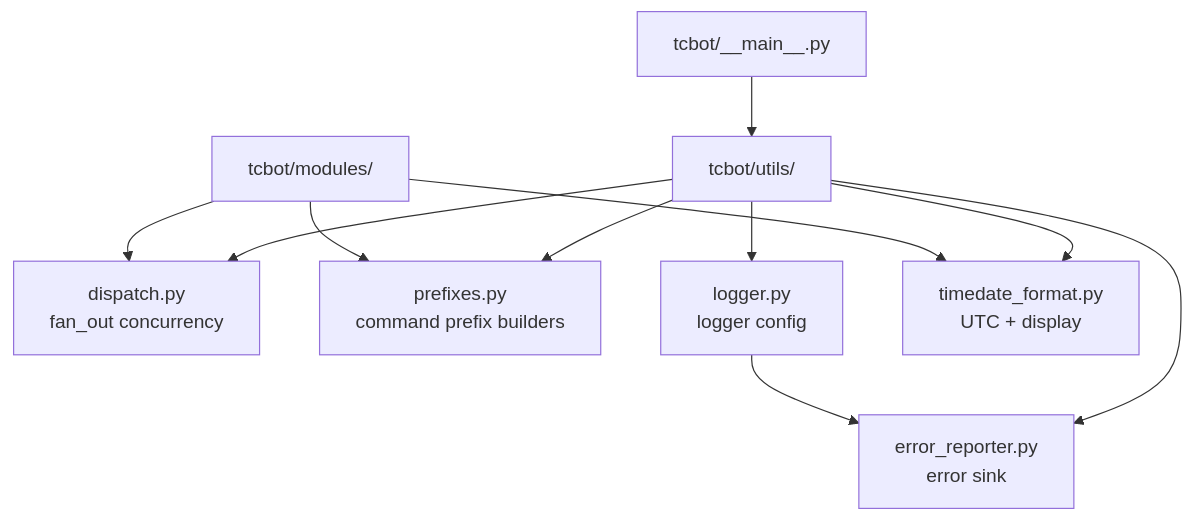
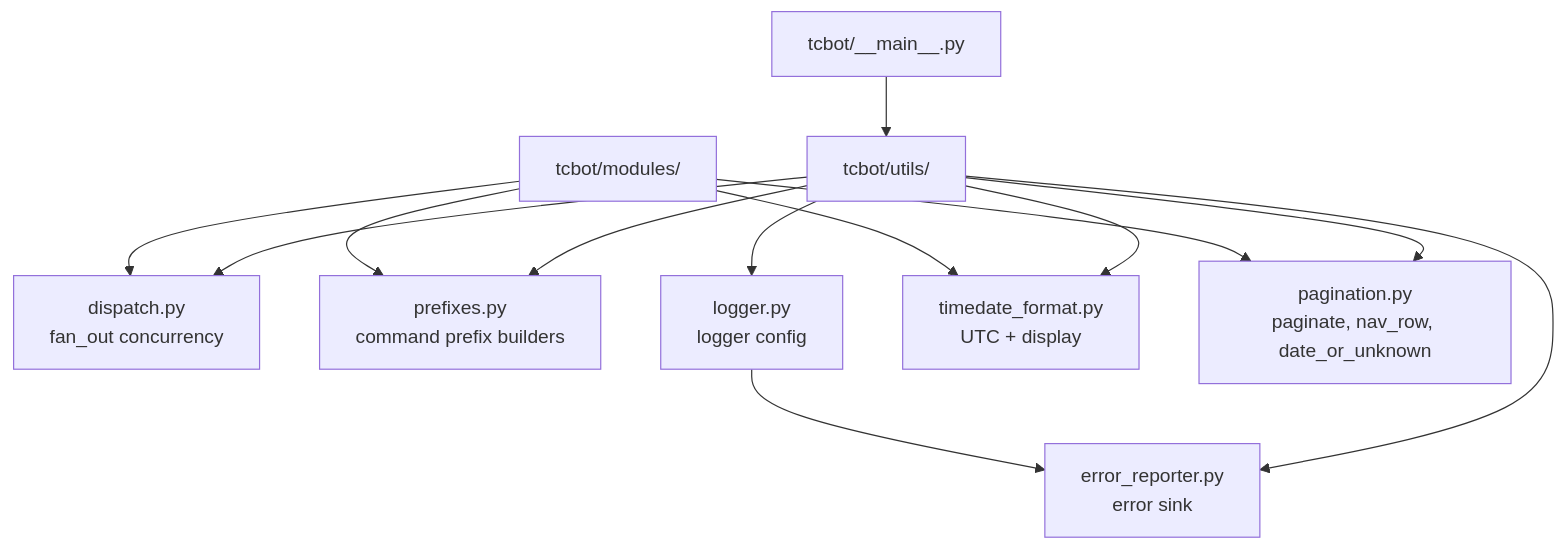
One commit to D1ZZY4/tcbot changed the diagram in docs/utils/utils.md. Above: the diagram before and after it, drawn with Mermaid. The commit also changed other lines of this file and 8 other files, not shown here.

````diff
--- a/docs/utils/utils.md
+++ b/docs/utils/utils.md
@@ -7,13 +7,15 @@
 ```mermaid
 flowchart TD
     Main[tcbot/__main__.py] --> Utils[tcbot/utils/]
     Utils --> Dispatch[dispatch.py<br/>fan_out concurrency]
     Utils --> Prefixes[prefixes.py<br/>command prefix builders]
     Utils --> Logging[logger.py<br/>logger config]
     Utils --> ErrorReporter[error_reporter.py<br/>error sink]
     Utils --> TimeDate[timedate_format.py<br/>UTC + display]
+    Utils --> Pagination[pagination.py<br/>paginate, nav_row, date_or_unknown]
     Modules[tcbot/modules/] --> Dispatch
     Modules --> Prefixes
     Modules --> TimeDate
+    Modules --> Pagination
     Logging --> ErrorReporter
 ```
````
